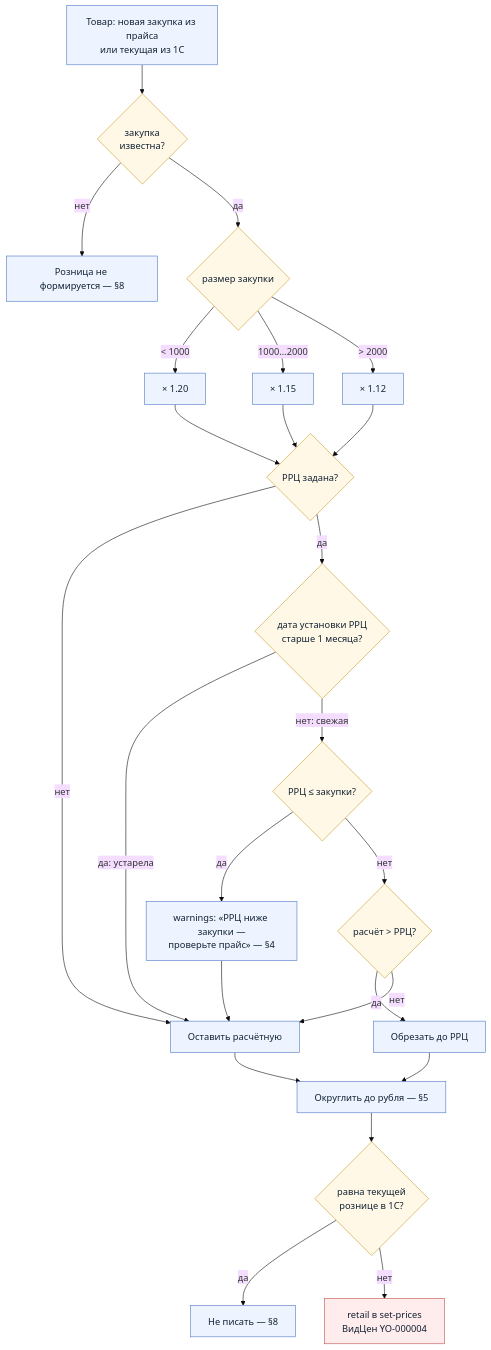
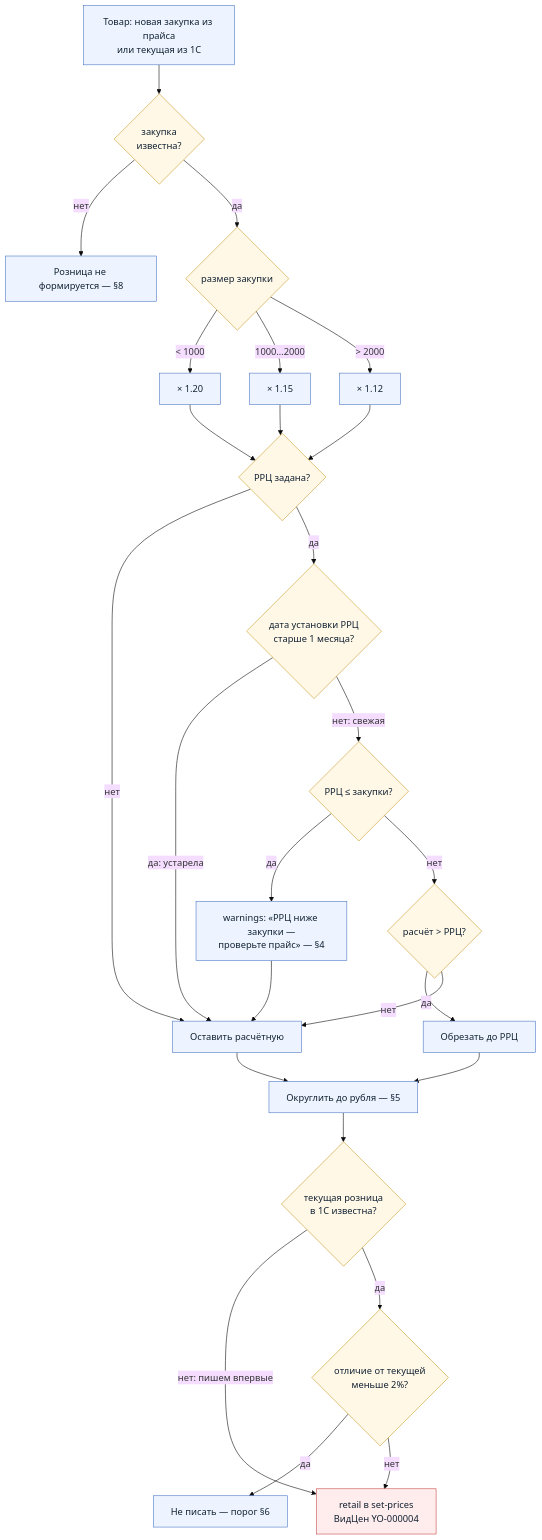
Before and after one commit to AlexanderFredy/norwik-helper: the seventh of 12 diagrams in specs/content-manager-flows.md, drawn with Mermaid (base theme). The commit also changed other lines of this file and 2 other files, not shown here.

Commit message:
Порог записи розницы 2% (retail-price-rules §6)
Если новая розница отличается от текущей меньше чем на 2% — не пишем,
чтобы копеечные пересчёты не плодили записи в регистре.

Порог только для розницы: закупка и РРЦ — факты из прайса, их пишем при
любом отличии, иначе в 1С окажется цена, которой поставщик не давал.
Считается после обрезки и округления; при отсутствии текущей розницы
(пишем впервые) не применяется.

Следствие: доработка by-tm из «желательной» стала обязательной — без
текущей розницы сравнивать не с чем, и порог не сработает вовсе. До неё
он действует только по позициям из нашего журнала price_source.
В §14.7 зафиксирована альтернатива (отсекать в 1С) с её минусом: админ
видел бы в предложении позиции, которые затем молча не запишутся.

Схема 5а дополнена ветвью «текущая розница известна?» и порогом.

````diff
--- a/specs/content-manager-flows.md
+++ b/specs/content-manager-flows.md
@@ -283,47 +283,50 @@
 ```mermaid
 flowchart TD
     IN["Товар: новая закупка из прайса<br/>или текущая из 1С"]:::act
     HASP{"закупка<br/>известна?"}:::dec
     NONE["Розница не формируется — §8"]:::act
 
     TIER{"размер закупки"}:::dec
     M20["× 1.20"]:::act
     M15["× 1.15"]:::act
     M12["× 1.12"]:::act
 
     RRC{"РРЦ задана?"}:::dec
     AGE{"дата установки РРЦ<br/>старше 1 месяца?"}:::dec
     LOW{"РРЦ ≤ закупки?"}:::dec
     WARN["warnings: «РРЦ ниже закупки —<br/>проверьте прайс» — §4"]:::act
     CAP{"расчёт > РРЦ?"}:::dec
     CUT["Обрезать до РРЦ"]:::act
     KEEP["Оставить расчётную"]:::act
 
     ROUND["Округлить до рубля — §5"]:::act
-    SAME{"равна текущей<br/>рознице в 1С?"}:::dec
-    SKIP["Не писать — §8"]:::act
+    KNOWN{"текущая розница<br/>в 1С известна?"}:::dec
+    SAME{"отличие от текущей<br/>меньше 2%?"}:::dec
+    SKIP["Не писать — порог §6"]:::act
     OUT["retail в set-prices<br/>ВидЦен YO-000004"]:::write
 
     IN --> HASP
     HASP -- "нет" --> NONE
     HASP -- "да" --> TIER
     TIER -- "< 1000" --> M20 --> RRC
     TIER -- "1000…2000" --> M15 --> RRC
     TIER -- "> 2000" --> M12 --> RRC
 
     RRC -- "нет" --> KEEP
     RRC -- "да" --> AGE
     AGE -- "да: устарела" --> KEEP
     AGE -- "нет: свежая" --> LOW
     LOW -- "да" --> WARN --> KEEP
     LOW -- "нет" --> CAP
     CAP -- "да" --> CUT --> ROUND
     CAP -- "нет" --> KEEP
-    KEEP --> ROUND --> SAME
+    KEEP --> ROUND --> KNOWN
+    KNOWN -- "нет: пишем впервые" --> OUT
+    KNOWN -- "да" --> SAME
     SAME -- "да" --> SKIP
     SAME -- "нет" --> OUT
 
     classDef act fill:#eef4ff,stroke:#4a76c7,color:#123
     classDef dec fill:#fff8e6,stroke:#c79a29,color:#123
     classDef write fill:#ffecec,stroke:#c74a4a,color:#123
 ```
````
